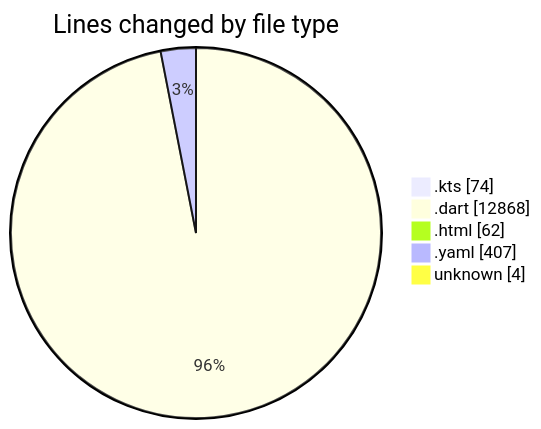
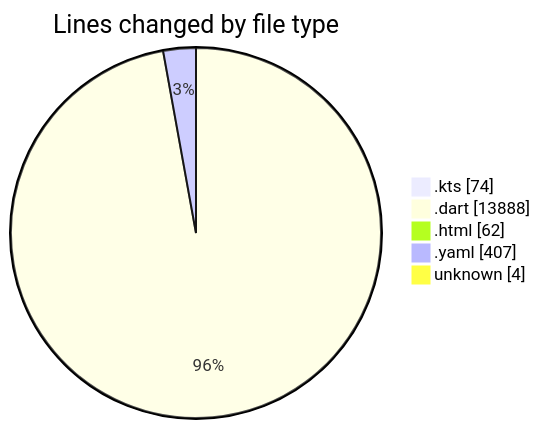
Before and after one commit to lephambinh05/code-tracking: the first of 2 diagrams in 2025-08-03/studybuddy/README.md, drawn with Mermaid. The commit also changed other lines of this file and 1 other file, not shown here.

````diff
--- a/2025-08-03/studybuddy/README.md
+++ b/2025-08-03/studybuddy/README.md
@@ -65,9 +67,9 @@
 ```mermaid
 pie showData
 title Lines changed by file type
 ".kts" : 74
-".dart" : 12868
+".dart" : 13888
 ".html" : 62
 ".yaml" : 407
 "unknown" : 4
 ```
````
